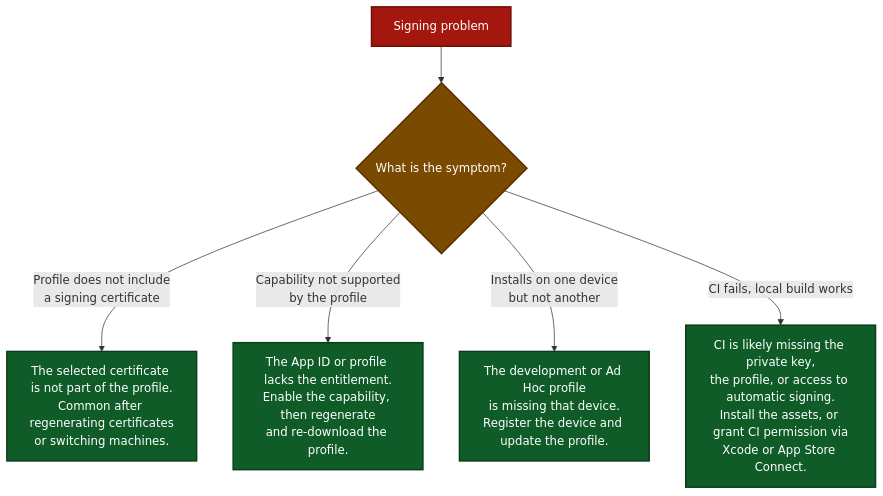
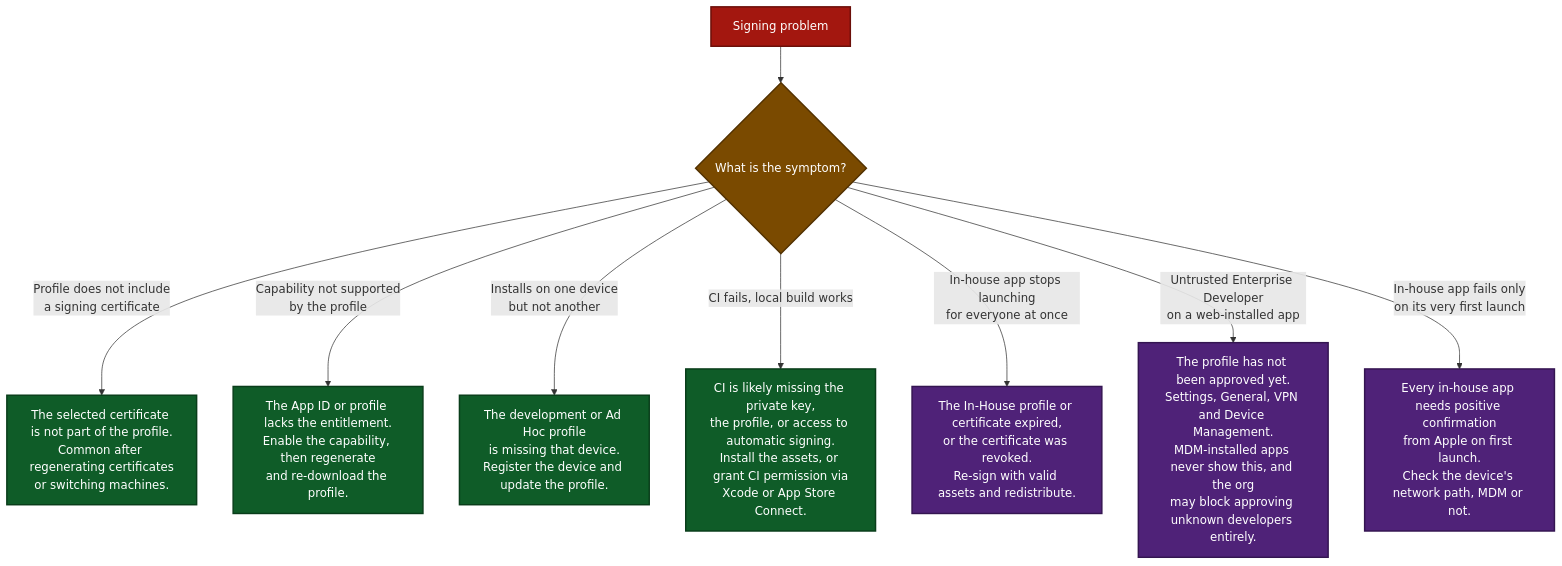
Diagram 11 of 11 in ios-code-signing-diagrams.md (OGSarah/iOS-Project-Tooling), drawn with Mermaid before and after one commit. The commit also changed other lines of this file, not shown here.

````diff
--- a/ios-code-signing-diagrams.md
+++ b/ios-code-signing-diagrams.md
@@ -222,16 +329,21 @@
 ```mermaid
 flowchart TD
     S["Signing problem"] --> Q1{"What is the symptom?"}
 
     Q1 -->|"Profile does not include<br/>a signing certificate"| F1["The selected certificate is not part of the profile.<br/>Common after regenerating certificates<br/>or switching machines."]
     Q1 -->|"Capability not supported<br/>by the profile"| F2["The App ID or profile lacks the entitlement.<br/>Enable the capability, then regenerate<br/>and re-download the profile."]
     Q1 -->|"Installs on one device<br/>but not another"| F3["The development or Ad Hoc profile<br/>is missing that device.<br/>Register the device and update the profile."]
     Q1 -->|"CI fails, local build works"| F4["CI is likely missing the private key,<br/>the profile, or access to automatic signing.<br/>Install the assets, or grant CI permission via<br/>Xcode or App Store Connect."]
+    Q1 -->|"In-house app stops launching<br/>for everyone at once"| F5["The In-House profile or certificate expired,<br/>or the certificate was revoked.<br/>Re-sign with valid assets and redistribute."]
+    Q1 -->|"Untrusted Enterprise Developer<br/>on a web-installed app"| F6["The profile has not been approved yet.<br/>Settings, General, VPN and Device Management.<br/>MDM-installed apps never show this, and the org<br/>may block approving unknown developers entirely."]
+    Q1 -->|"In-house app fails only<br/>on its very first launch"| F7["Every in-house app needs positive confirmation<br/>from Apple on first launch.<br/>Check the device's network path, MDM or not."]
 
     classDef red fill:#a3170f,stroke:#6b0f09,color:#ffffff,stroke-width:2px
     classDef amber fill:#7a4a00,stroke:#523100,color:#ffffff,stroke-width:2px
     classDef green fill:#0f5c28,stroke:#093d1a,color:#ffffff,stroke-width:2px
+    classDef purple fill:#4f2278,stroke:#341551,color:#ffffff,stroke-width:2px
     class S red
     class Q1 amber
     class F1,F2,F3,F4 green
+    class F5,F6,F7 purple
 ```
````
